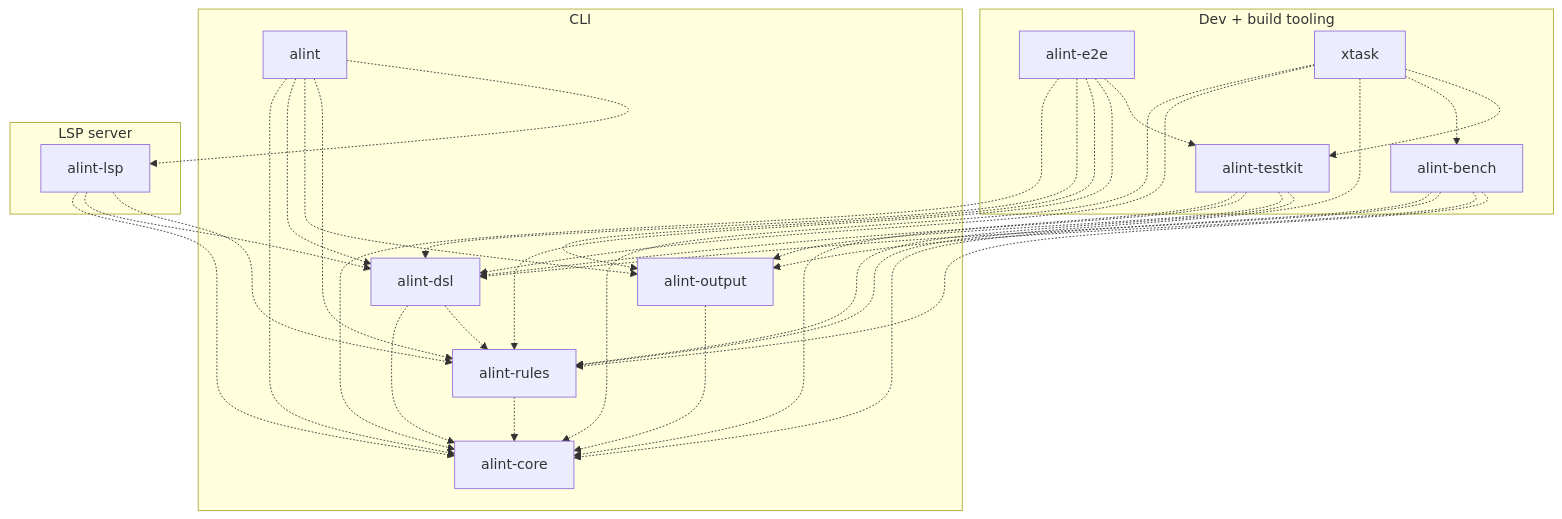
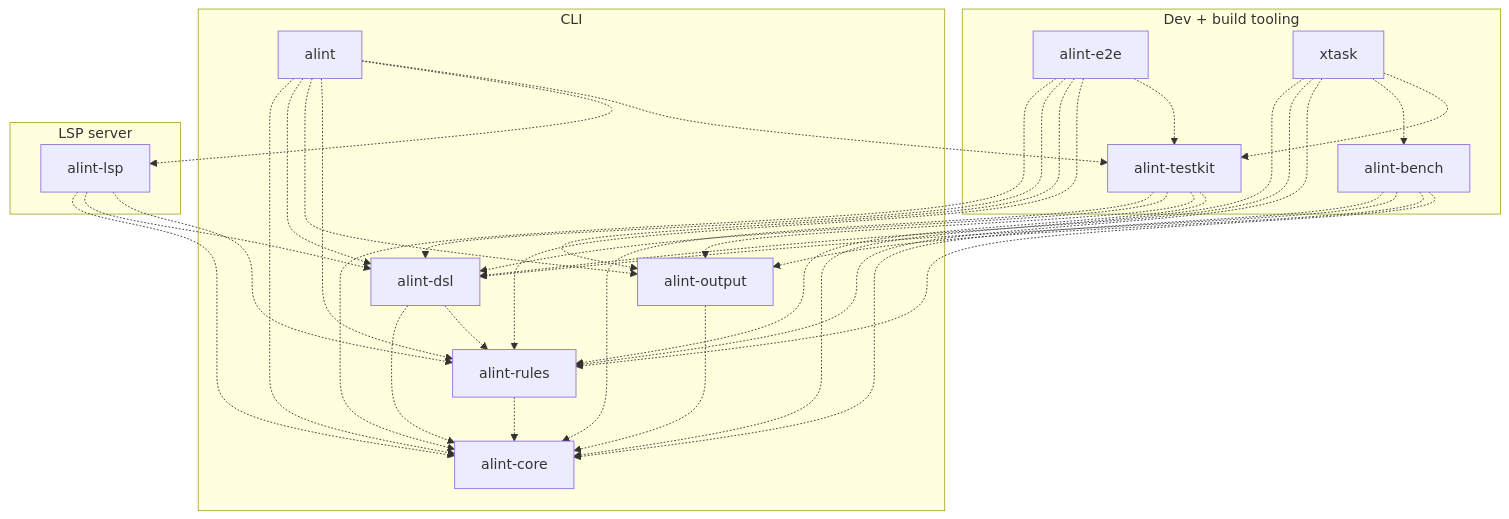
The fourth of 27 diagrams in docs/design/architecture/DIAGRAMS.md (actions-marketplace-validations/asamarts_alint), drawn with Mermaid before and after one commit. The commit also changed other lines of this file and 32 other files, not shown here.

````diff
--- a/docs/design/architecture/DIAGRAMS.md
+++ b/docs/design/architecture/DIAGRAMS.md
@@ -104,49 +106,50 @@
 ```mermaid
 graph TB
   subgraph AlintTooling["`Dev + build tooling`"]
     AlintTooling.E2e["alint-e2e"]
     AlintTooling.Xtask["xtask"]
     AlintTooling.Bench["alint-bench"]
     AlintTooling.Testkit["alint-testkit"]
   end
   subgraph AlintCli["`CLI`"]
     AlintCli.AlintBin["alint"]
     AlintCli.Output["alint-output"]
     AlintCli.Dsl["alint-dsl"]
     AlintCli.Rules["alint-rules"]
     AlintCli.Core["alint-core"]
   end
   subgraph AlintLspServer["`LSP server`"]
     AlintLspServer.Lspd["alint-lsp"]
   end
   AlintCli.AlintBin -.-> AlintCli.Core
   AlintCli.AlintBin -.-> AlintCli.Dsl
   AlintCli.Dsl -.-> AlintCli.Core
   AlintCli.AlintBin -.-> AlintCli.Output
   AlintCli.Output -.-> AlintCli.Core
   AlintCli.AlintBin -.-> AlintCli.Rules
   AlintCli.Dsl -.-> AlintCli.Rules
   AlintCli.Rules -.-> AlintCli.Core
   AlintCli.AlintBin -.-> AlintLspServer.Lspd
   AlintLspServer.Lspd -.-> AlintCli.Core
   AlintLspServer.Lspd -.-> AlintCli.Dsl
   AlintLspServer.Lspd -.-> AlintCli.Rules
   AlintTooling.Bench -.-> AlintCli.Core
   AlintTooling.Bench -.-> AlintCli.Dsl
   AlintTooling.Bench -.-> AlintCli.Output
   AlintTooling.Bench -.-> AlintCli.Rules
   AlintTooling.E2e -.-> AlintCli.Core
   AlintTooling.E2e -.-> AlintCli.Dsl
   AlintTooling.E2e -.-> AlintCli.Output
   AlintTooling.E2e -.-> AlintCli.Rules
+  AlintCli.AlintBin -.-> AlintTooling.Testkit
   AlintTooling.E2e -.-> AlintTooling.Testkit
   AlintTooling.Testkit -.-> AlintCli.Core
   AlintTooling.Testkit -.-> AlintCli.Dsl
   AlintTooling.Testkit -.-> AlintCli.Output
   AlintTooling.Testkit -.-> AlintCli.Rules
   AlintTooling.Xtask -.-> AlintCli.Core
   AlintTooling.Xtask -.-> AlintCli.Dsl
   AlintTooling.Xtask -.-> AlintCli.Rules
   AlintTooling.Xtask -.-> AlintTooling.Bench
   AlintTooling.Xtask -.-> AlintTooling.Testkit
 ```
````
